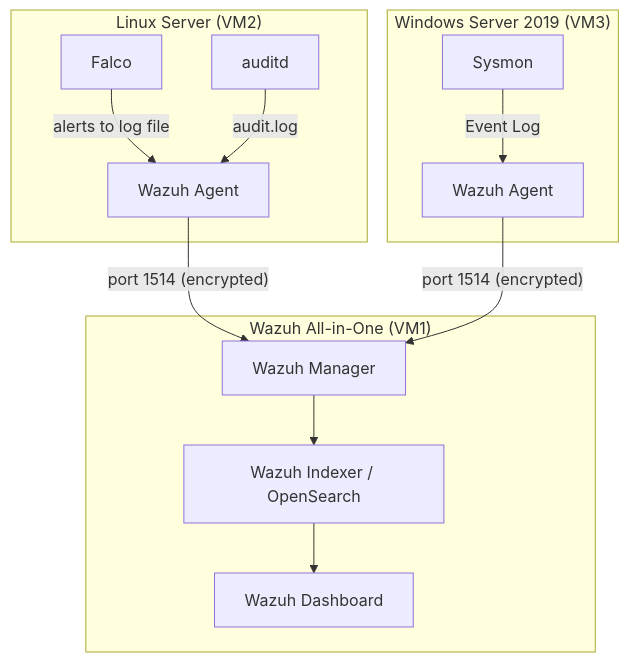
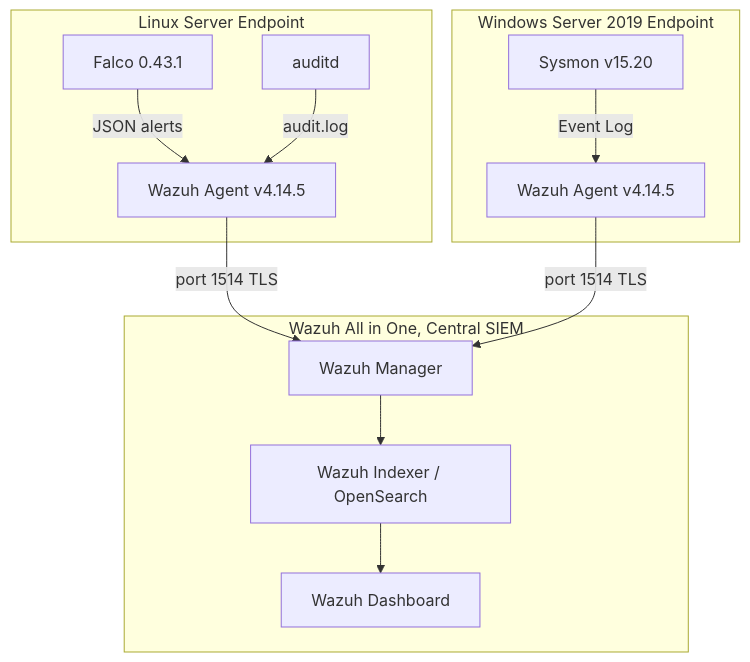
The diagram in diagrams/architecture.mermaid (dimasqiramadhani/endpoint-detection-coverage), drawn with Mermaid before and after one commit. The commit also changed 44 other files, not shown here.

```diff
--- a/diagrams/architecture.mermaid
+++ b/diagrams/architecture.mermaid
@@ -1,24 +1,24 @@
 graph TB
-    subgraph VM1["Wazuh All-in-One (VM1)"]
+    subgraph AIO["Wazuh All in One, Central SIEM"]
         WM[Wazuh Manager]
         WI[Wazuh Indexer / OpenSearch]
         WD[Wazuh Dashboard]
         WM --> WI --> WD
     end
 
-    subgraph VM2["Linux Server (VM2)"]
-        LA[Wazuh Agent]
-        Falco[Falco]
+    subgraph LINUX["Linux Server Endpoint"]
+        LA[Wazuh Agent v4.14.5]
+        Falco[Falco 0.43.1]
         Auditd[auditd]
-        Falco -->|alerts to log file| LA
+        Falco -->|JSON alerts| LA
         Auditd -->|audit.log| LA
     end
 
-    subgraph VM3["Windows Server 2019 (VM3)"]
-        WA[Wazuh Agent]
-        Sysmon[Sysmon]
+    subgraph WIN["Windows Server 2019 Endpoint"]
+        WA[Wazuh Agent v4.14.5]
+        Sysmon[Sysmon v15.20]
         Sysmon -->|Event Log| WA
     end
 
-    LA -->|"port 1514 (encrypted)"| WM
-    WA -->|"port 1514 (encrypted)"| WM
+    LA -->|port 1514 TLS| WM
+    WA -->|port 1514 TLS| WM
```
